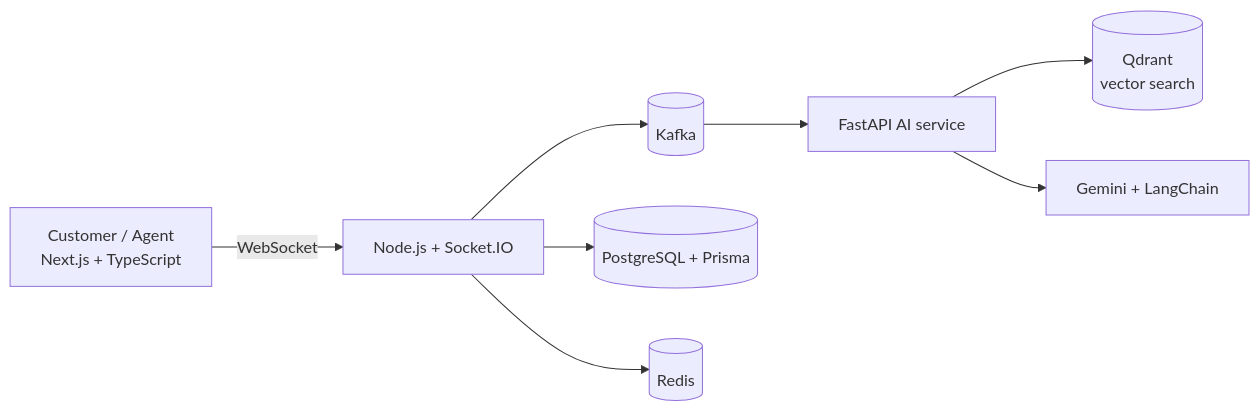
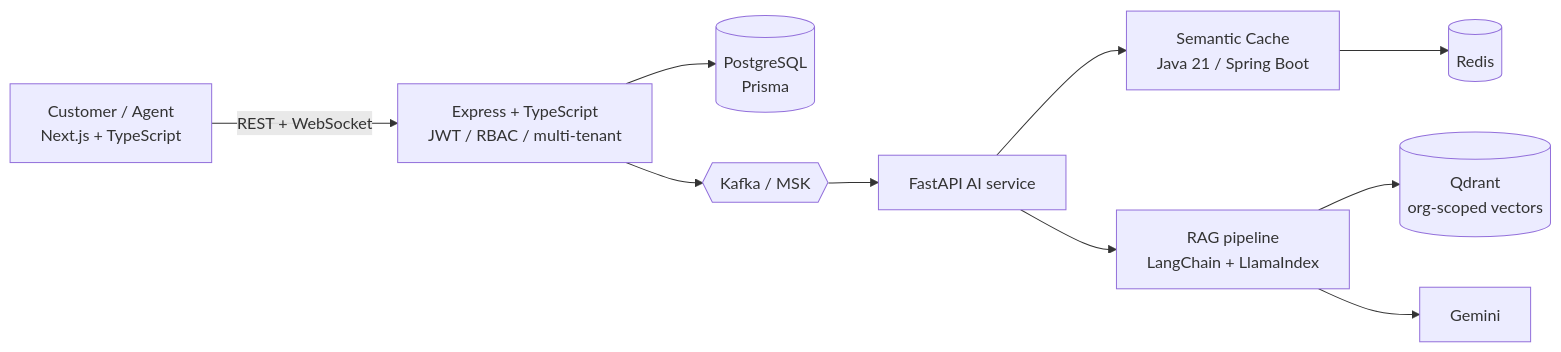
One commit to Suraj854204/Readme-Profile changed the first of 4 diagrams in README.md. Above: the diagram before and after it, drawn with Mermaid. The commit also changed other lines of this file, not shown here.

````diff
--- a/README.md
+++ b/README.md
@@ -40,10 +63,12 @@
 ```mermaid
 flowchart LR
-    C[Customer / Agent<br/>Next.js + TypeScript] -->|WebSocket| RT[Node.js + Socket.IO]
-    RT --> K[(Kafka)]
-    K --> AI[FastAPI AI service]
-    AI --> Q[(Qdrant<br/>vector search)]
-    AI --> G[Gemini + LangChain]
-    RT --> DB[(PostgreSQL + Prisma)]
-    RT --> R[(Redis)]
+    U["Customer / Agent<br/>Next.js + TypeScript"] -->|"REST + WebSocket"| API["Express + TypeScript<br/>JWT / RBAC / multi-tenant"]
+    API --> PG[("PostgreSQL<br/>Prisma")]
+    API --> K{{"Kafka / MSK"}}
+    K --> AI["FastAPI AI service"]
+    AI --> SC["Semantic Cache<br/>Java 21 / Spring Boot"]
+    SC --> RD[("Redis")]
+    AI --> RAG["RAG pipeline<br/>LangChain + LlamaIndex"]
+    RAG --> QD[("Qdrant<br/>org-scoped vectors")]
+    RAG --> GM["Gemini"]
 ```
````
